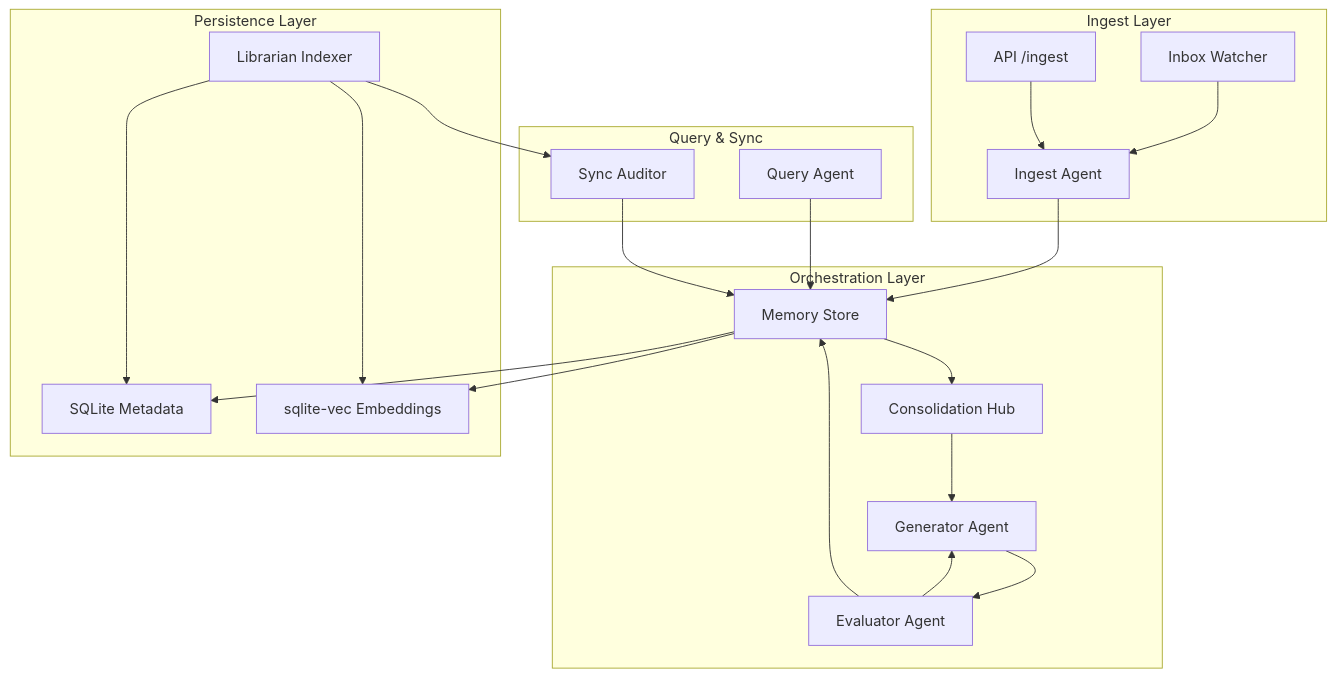
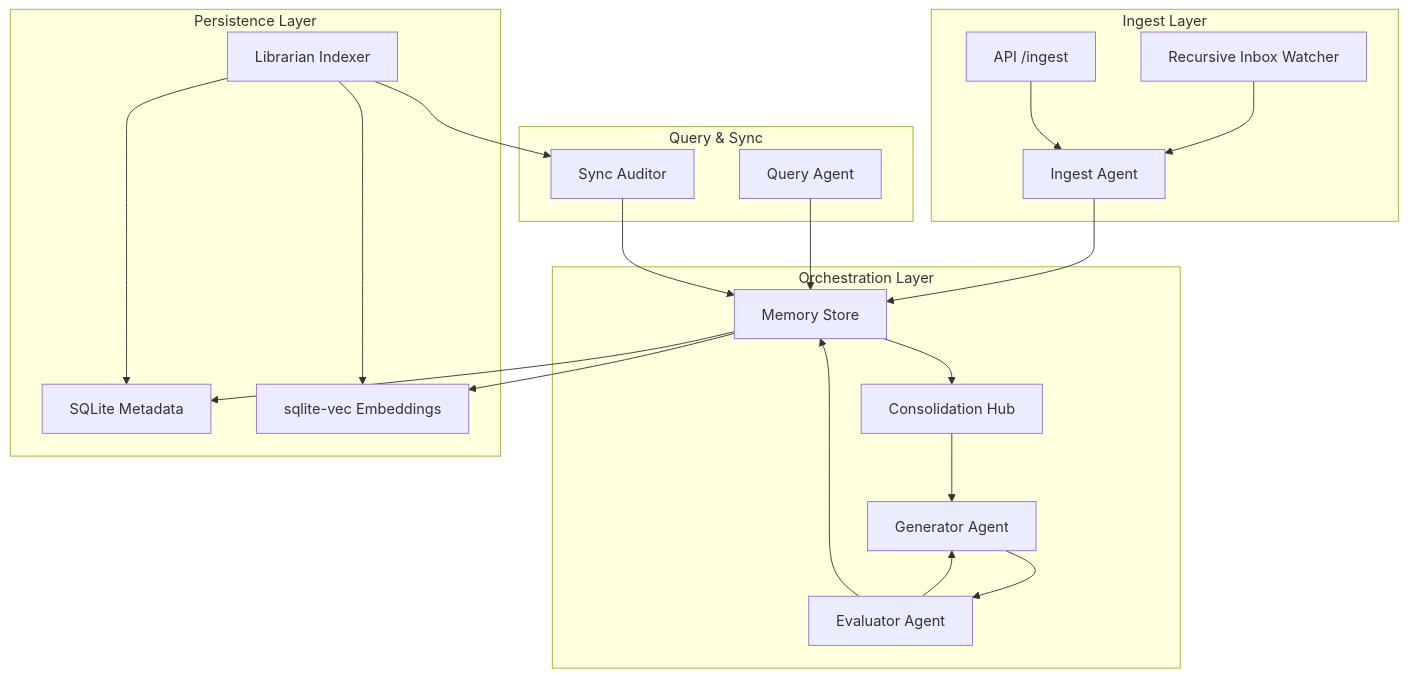
Before and after one commit to A4ABATTERY/Always-On-Memory: the diagram in docs/architecture.md, drawn with Mermaid. The commit also changed other lines of this file and 4 other files, not shown here.

Commit message:
docs: add architecture, data model, and system loop documentation while outlining inbox watcher improvements

````diff
--- a/docs/architecture.md
+++ b/docs/architecture.md
@@ -7,29 +7,29 @@
 ```mermaid
 graph TD
     subgraph "Ingest Layer"
-        Watch[Inbox Watcher] --> Ingest[Ingest Agent]
+        Watch[Recursive Inbox Watcher] --> Ingest[Ingest Agent]
         API_I[API /ingest] --> Ingest
     end
 
     subgraph "Orchestration Layer"
         Ingest --> Store[Memory Store]
         Store --> Cons[Consolidation Hub]
         Cons --> Gen[Generator Agent]
         Gen --> Eval[Evaluator Agent]
         Eval --> Gen
         Eval --> Store
     end
 
     subgraph "Persistence Layer"
         Store --> SQL[SQLite Metadata]
         Store --> VEC[sqlite-vec Embeddings]
         Librarian[Librarian Indexer] --> VEC
         Librarian --> SQL
     end
 
     subgraph "Query & Sync"
         Query[Query Agent] --> Store
         Librarian --> Sync[Sync Auditor]
         Sync --> Store
     end
 ```
````
